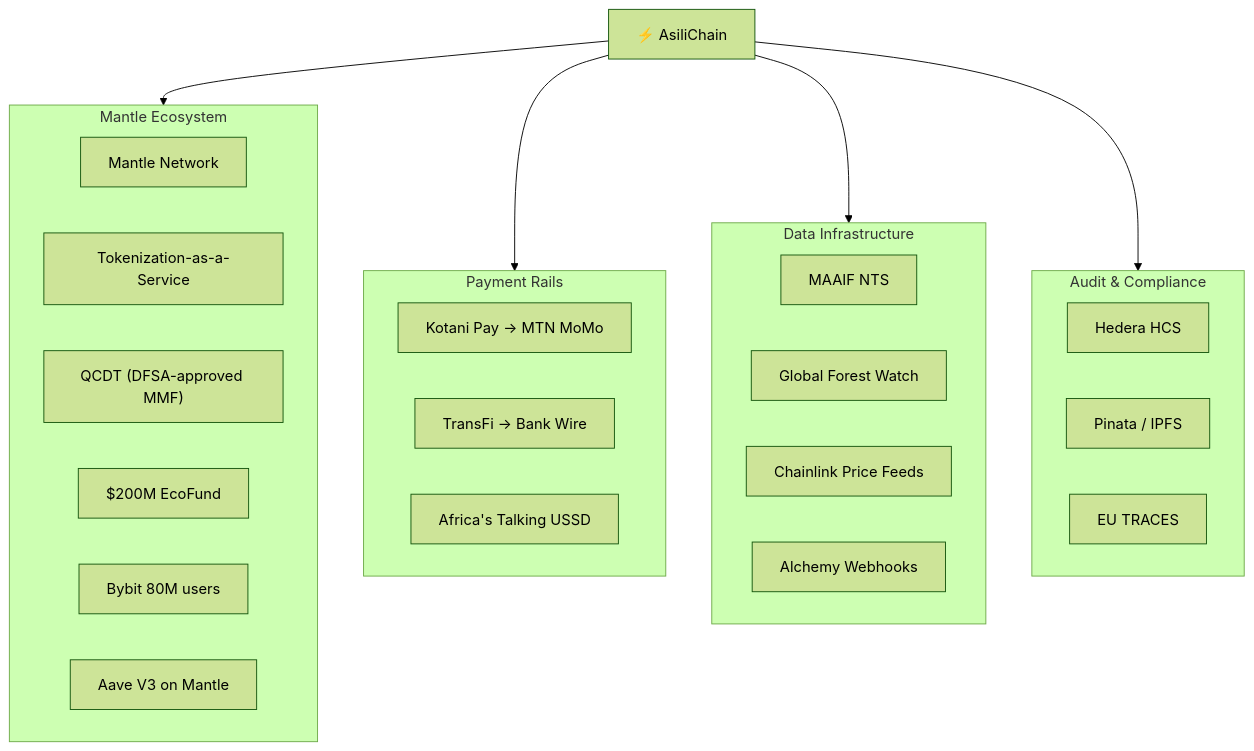
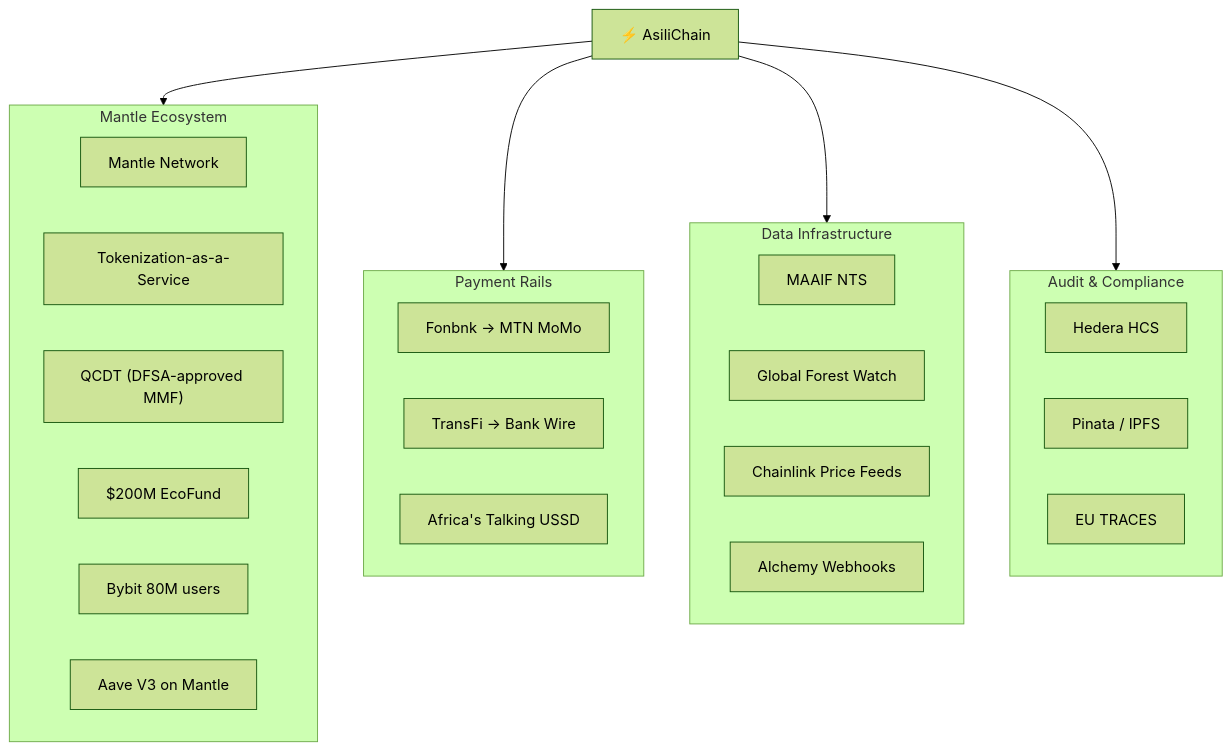
Before and after one commit to AsiliChain/docs: the diagram in src/content/docs/overview/ecosystem/index.mdx, drawn with Mermaid (forest theme). The commit also changed other lines of this file and 35 other files, not shown here.

First line of the commit message:
docs(integrations): migrate docs from Kotani Pay to Fonbnk payment provider

````diff
--- a/src/content/docs/overview/ecosystem/index.mdx
+++ b/src/content/docs/overview/ecosystem/index.mdx
@@ -21,32 +21,32 @@
 ```mermaid
 graph TD
     AC["⚡ AsiliChain"]
     subgraph MANTLE ["Mantle Ecosystem"]
         MN["Mantle Network"]
         TAAS["Tokenization-as-a-Service"]
         QCDT["QCDT (DFSA-approved MMF)"]
         ECOFUND["$200M EcoFund"]
         BYBIT["Bybit 80M users"]
         AAVE["Aave V3 on Mantle"]
     end
     subgraph PAYMENT ["Payment Rails"]
-        KP["Kotani Pay → MTN MoMo"]
+        FB["Fonbnk → MTN MoMo"]
         TF["TransFi → Bank Wire"]
         AT["Africa's Talking USSD"]
     end
     subgraph DATA ["Data Infrastructure"]
         MAAIF["MAAIF NTS"]
         GFW["Global Forest Watch"]
         CHAINLINK["Chainlink Price Feeds"]
         ALCHEMY["Alchemy Webhooks"]
     end
     subgraph AUDIT ["Audit & Compliance"]
         HEDERA["Hedera HCS"]
         IPFS["Pinata / IPFS"]
         TRACES["EU TRACES"]
     end
     AC --> MANTLE
     AC --> PAYMENT
     AC --> DATA
     AC --> AUDIT
 ```
````
